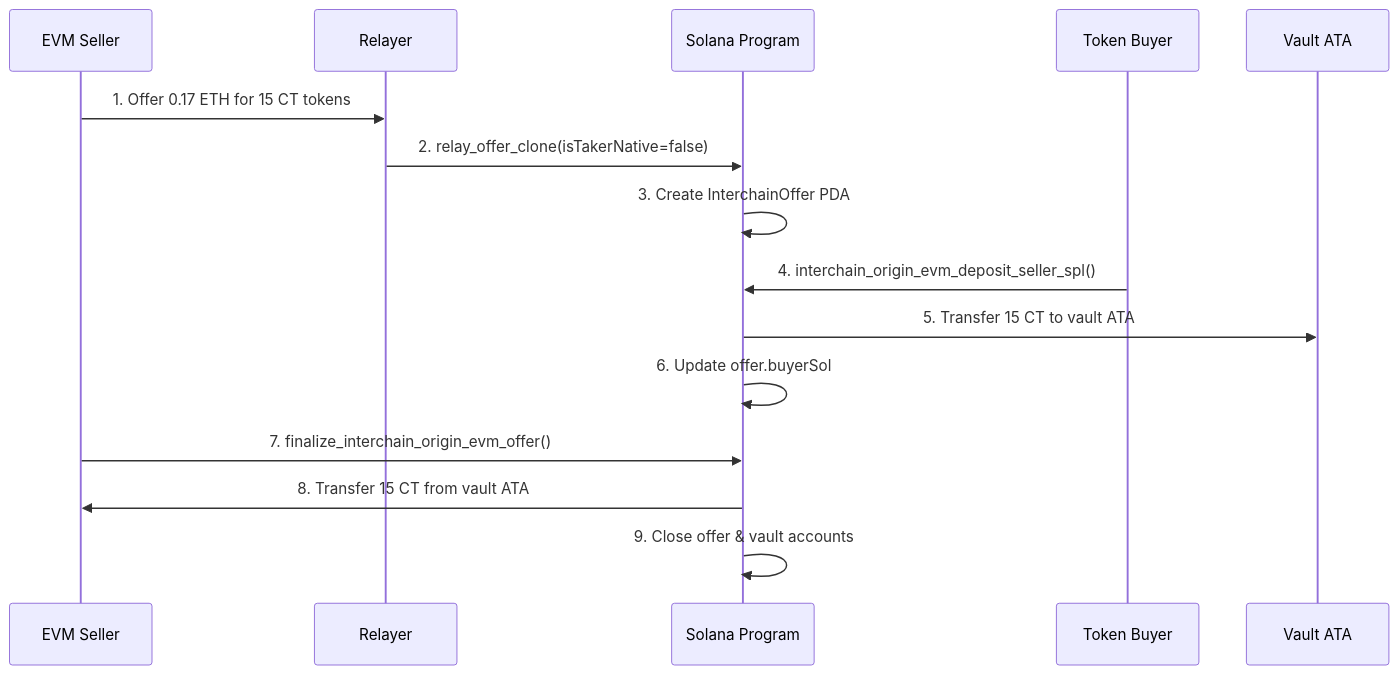
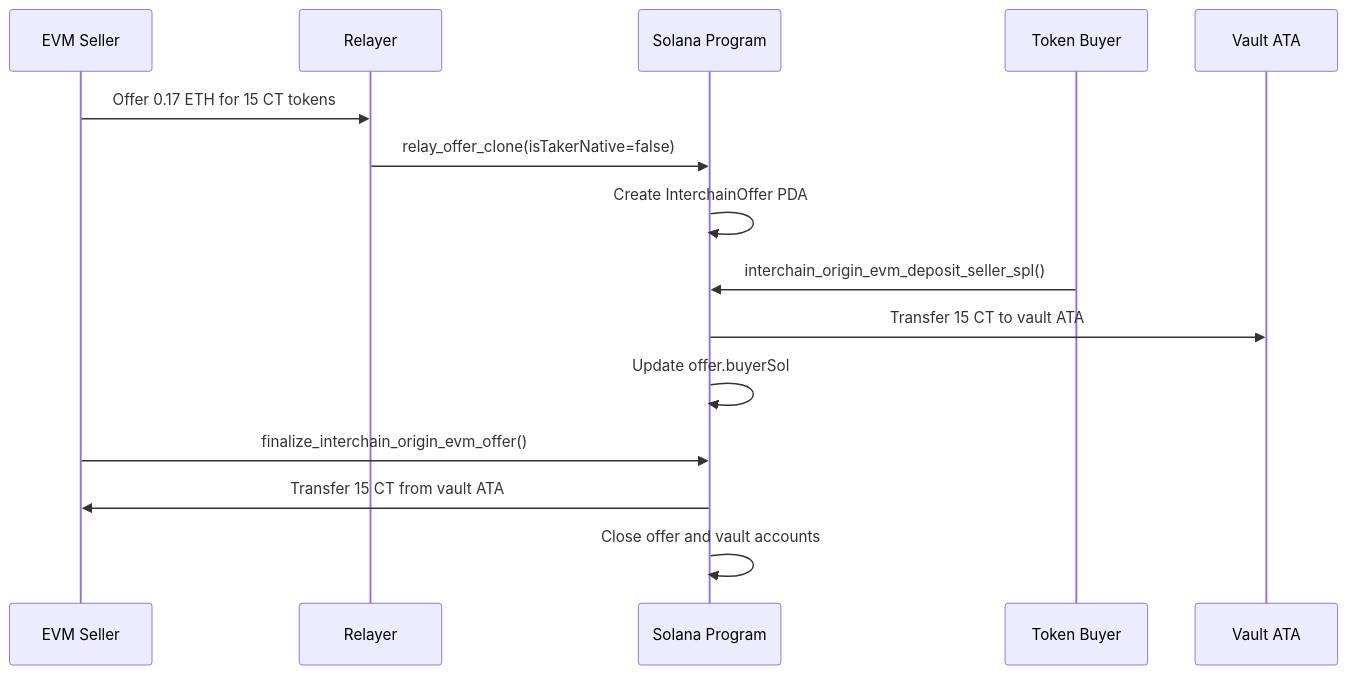
One commit to Rahul-Prasad-07/cross-chain-p2p-exchange changed the fourth of 7 diagrams in ChaiDEX_PROTOCOL_DOCUMENTATION.md. Above: the diagram before and after it, drawn with Mermaid. The commit also changed other lines of this file and 6 other files, not shown here.

````diff
--- a/ChaiDEX_PROTOCOL_DOCUMENTATION.md
+++ b/ChaiDEX_PROTOCOL_DOCUMENTATION.md
@@ -101,20 +127,20 @@
 ```mermaid
 sequenceDiagram
     participant ES as EVM Seller
     participant R as Relayer
     participant SP as Solana Program
     participant TB as Token Buyer
     participant VA as Vault ATA
     
-    ES->>R: 1. Offer 0.17 ETH for 15 CT tokens
-    R->>SP: 2. relay_offer_clone(isTakerNative=false)
-    SP->>SP: 3. Create InterchainOffer PDA
+    ES->>R: Offer 0.17 ETH for 15 CT tokens
+    R->>SP: relay_offer_clone(isTakerNative=false)
+    SP->>SP: Create InterchainOffer PDA
     
-    TB->>SP: 4. interchain_origin_evm_deposit_seller_spl()
-    SP->>VA: 5. Transfer 15 CT to vault ATA
-    SP->>SP: 6. Update offer.buyerSol
+    TB->>SP: interchain_origin_evm_deposit_seller_spl()
+    SP->>VA: Transfer 15 CT to vault ATA
+    SP->>SP: Update offer.buyerSol
     
-    ES->>SP: 7. finalize_interchain_origin_evm_offer()
-    SP->>ES: 8. Transfer 15 CT from vault ATA
-    SP->>SP: 9. Close offer & vault accounts
+    ES->>SP: finalize_interchain_origin_evm_offer()
+    SP->>ES: Transfer 15 CT from vault ATA
+    SP->>SP: Close offer and vault accounts
 ```
````
